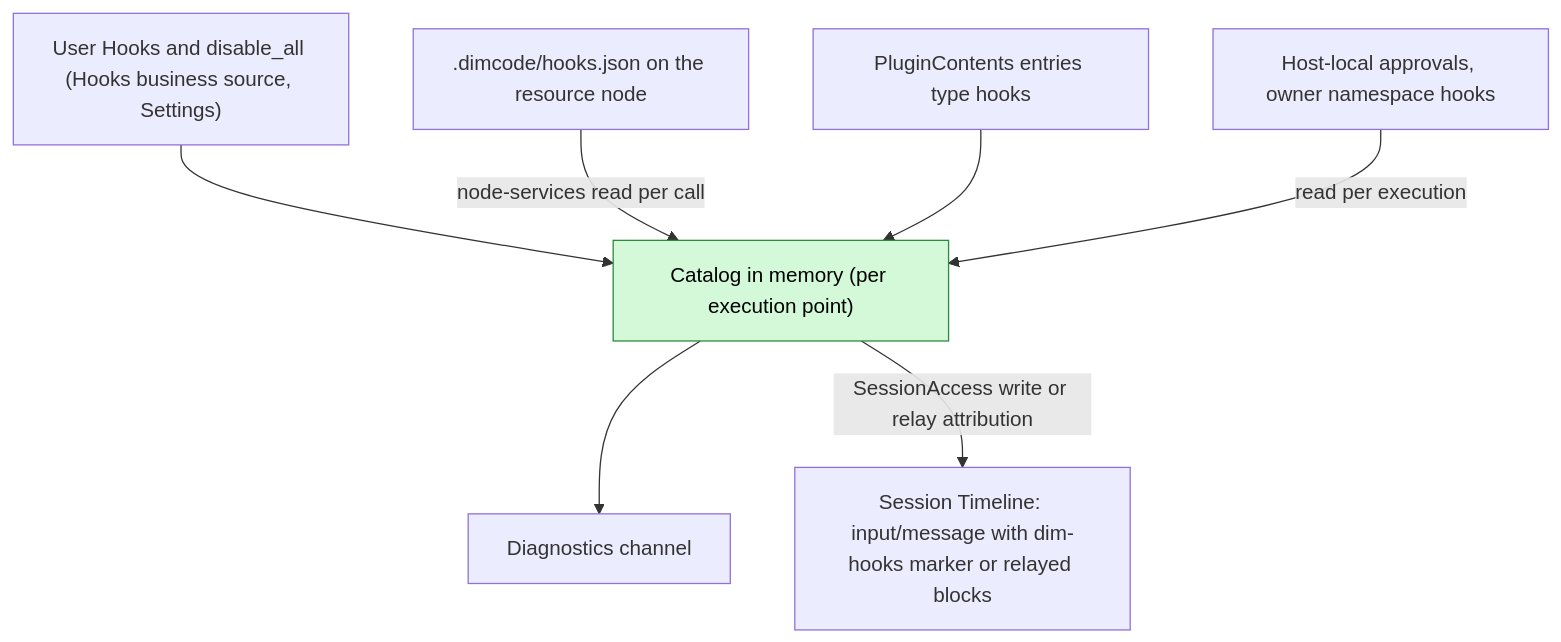
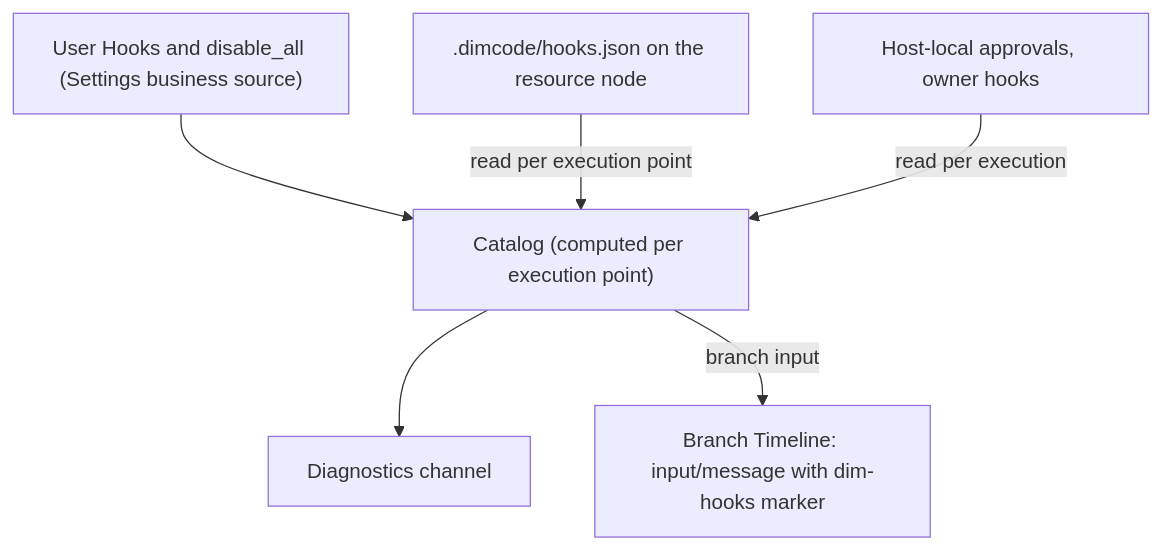
One commit to CoutinhoTTS/dim-agent changed the second of 6 diagrams in docs/design/plugins/Hooks.md. Above: the diagram before and after it, drawn with Mermaid. The commit also changed other lines of this file and 3 other files, not shown here.

Commit message:
docs(design): rescope Web, SessionTitle, Notifications and Hooks per ADR 002

````diff
--- a/docs/design/plugins/Hooks.md
+++ b/docs/design/plugins/Hooks.md
@@ -52,18 +48,14 @@
 ```mermaid
 flowchart TB
-  UserCfg["User Hooks and disable_all (Hooks business source, Settings)"]
+  UserCfg["User Hooks and disable_all (Settings business source)"]
   ProjFile[".dimcode/hooks.json on the resource node"]
-  PlugCfg["PluginContents entries type hooks"]
-  Grants["Host-local approvals, owner namespace hooks"]
-  Catalog["Catalog in memory (per execution point)"]
+  Grants["Host-local approvals, owner hooks"]
+  Catalog["Catalog (computed per execution point)"]
   Diag["Diagnostics channel"]
-  TL["Session Timeline: input/message with dim-hooks marker or relayed blocks"]
+  TL["Branch Timeline: input/message with dim-hooks marker"]
   UserCfg --> Catalog
-  ProjFile -->|node-services read per call| Catalog
-  PlugCfg --> Catalog
-  Grants -->|read per execution| Catalog
+  ProjFile -->|"read per execution point"| Catalog
+  Grants -->|"read per execution"| Catalog
   Catalog --> Diag
-  Catalog -->|SessionAccess write or relay attribution| TL
-  classDef new fill:#d3f9d8,stroke:#2b8a3e,color:#000
-  class Catalog new
+  Catalog -->|"branch input"| TL
 ```
````
